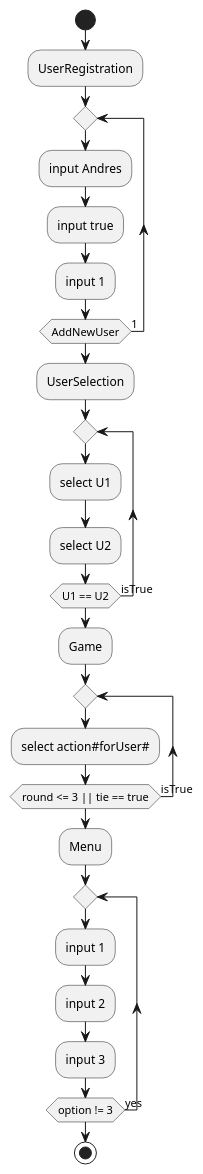
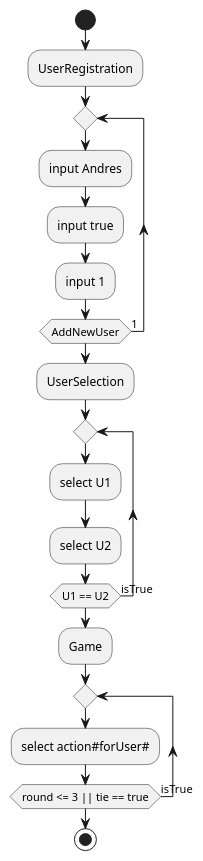
One commit to andrescordovatelus/RSPGame changed the diagram in RSPGame/docs/rsp-actitvity.wsd. Above: the diagram before and after it, drawn with PlantUML. The commit also changed 6 other files, not shown here.

Commit message:
fixing diagrams

```diff
--- a/RSPGame/docs/rsp-actitvity.wsd
+++ b/RSPGame/docs/rsp-actitvity.wsd
@@ -1,29 +1,23 @@
 @startuml rsp-activity
 start
     :UserRegistration;
     repeat
         :input Andres;
         :input true;
         :input 1;
     repeat while(AddNewUser) is (1)
 
     :UserSelection;
     repeat
         :select U1;
         :select U2;
     repeat while(U1 == U2) is (isTrue)
 
     :Game;
     repeat
         :select action#forUser#;
     repeat while(round <= 3 || tie == true) is (isTrue)
-
-    :Menu;
-    repeat
-        :input 1;
-        :input 2;
-        :input 3;
-    repeat while (option != 3) is (yes)
+    
     stop
 
 @enduml
```
